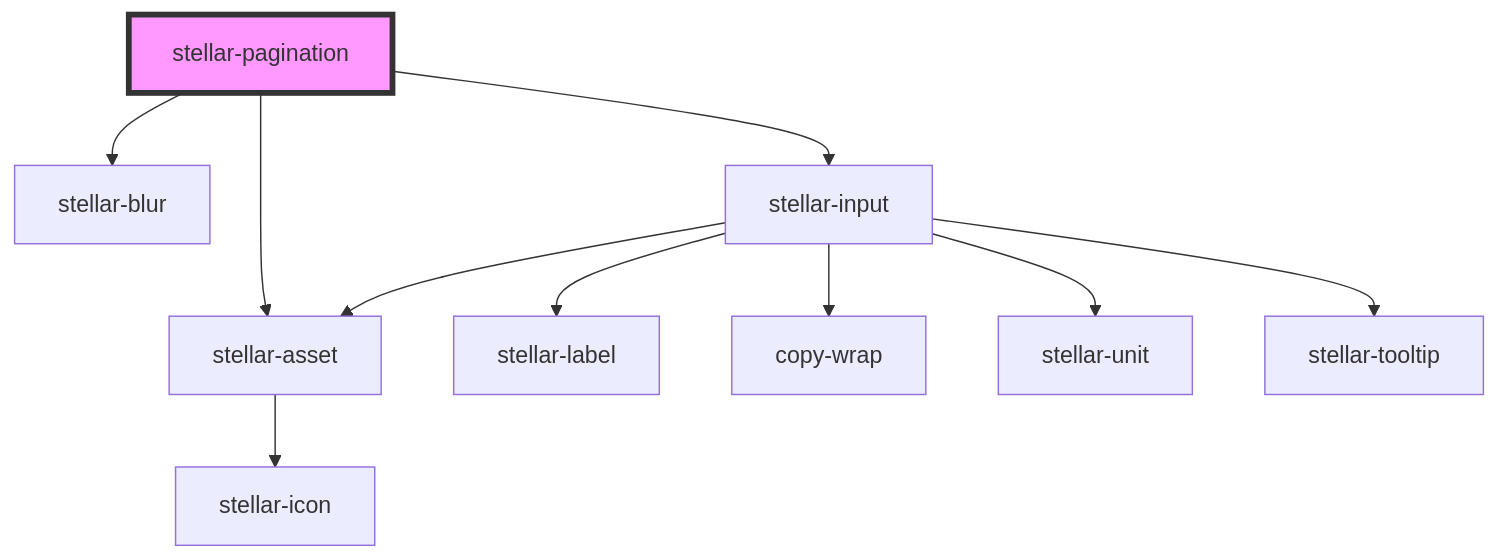
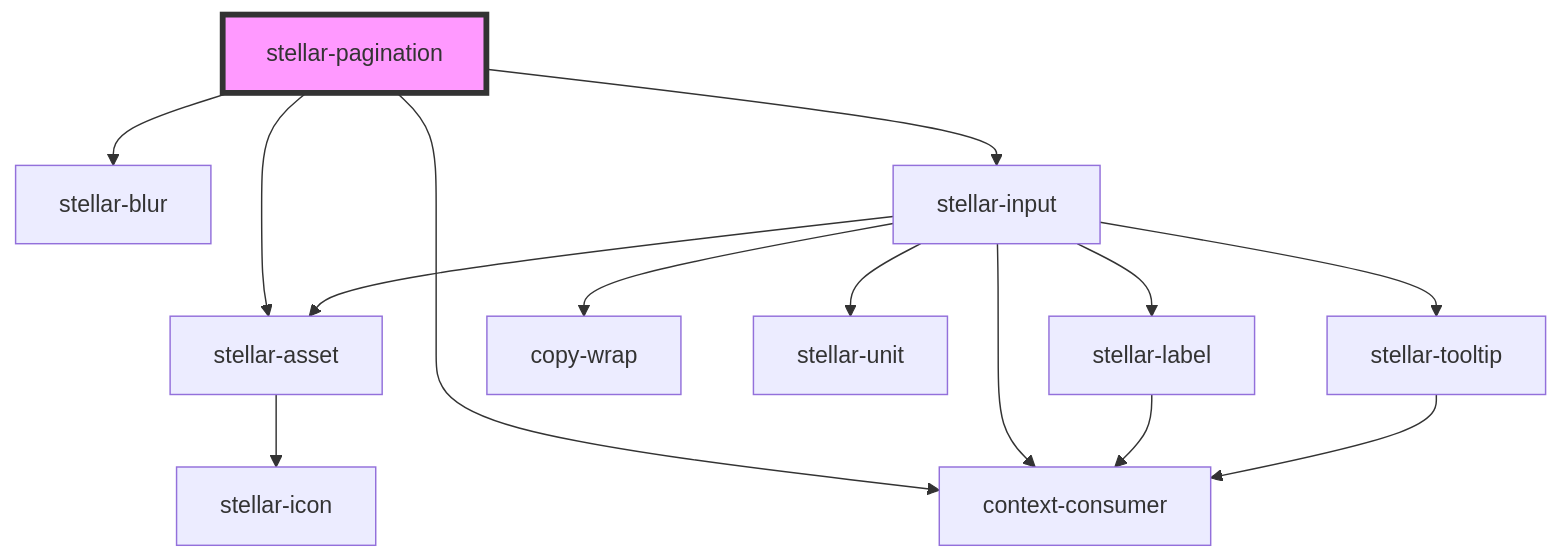
One commit to splitinfinities/Stellar changed the diagram in src/components/ui/pagination/readme.md. Above: the diagram before and after it, drawn with Mermaid. The commit also changed other lines of this file and 44 other files, not shown here.

````diff
--- a/src/components/ui/pagination/readme.md
+++ b/src/components/ui/pagination/readme.md
@@ -49,13 +51,17 @@
 ```mermaid
 graph TD;
   stellar-pagination --> stellar-asset
   stellar-pagination --> stellar-blur
   stellar-pagination --> stellar-input
+  stellar-pagination --> context-consumer
   stellar-asset --> stellar-icon
   stellar-input --> stellar-label
   stellar-input --> copy-wrap
   stellar-input --> stellar-asset
   stellar-input --> stellar-unit
   stellar-input --> stellar-tooltip
+  stellar-input --> context-consumer
+  stellar-label --> context-consumer
+  stellar-tooltip --> context-consumer
   style stellar-pagination fill:#f9f,stroke:#333,stroke-width:4px
 ```
````
